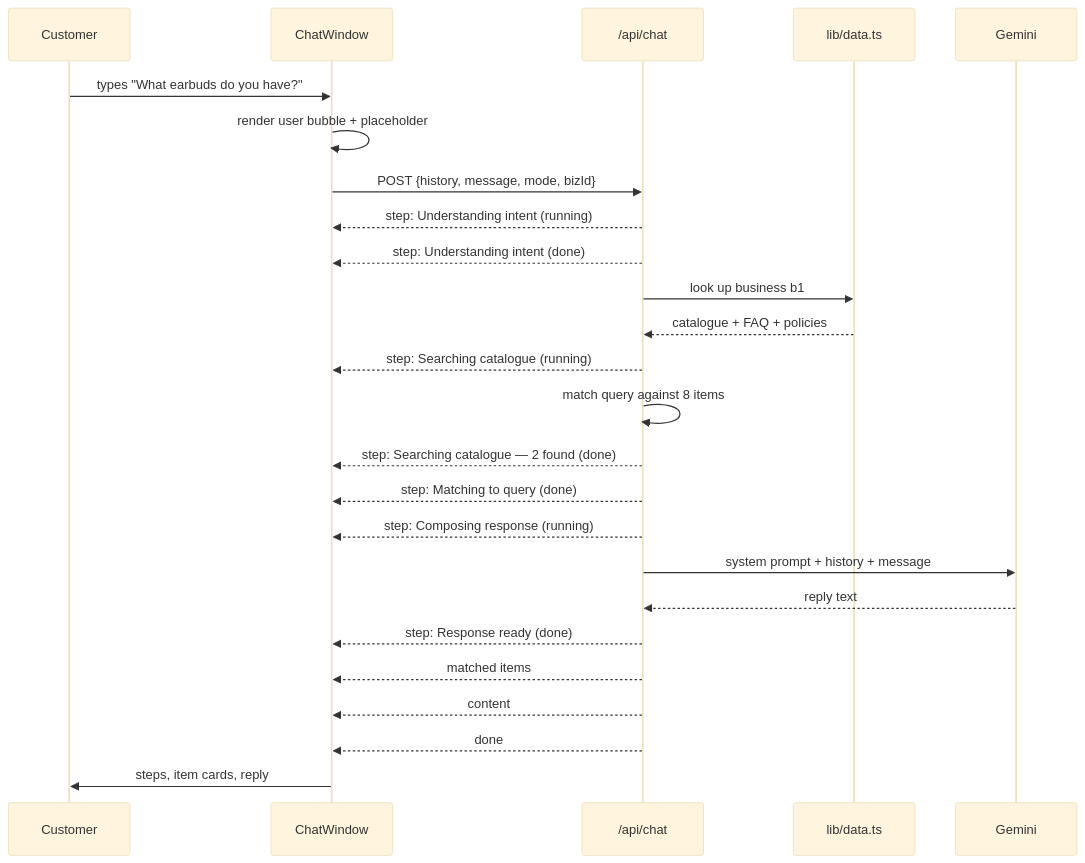
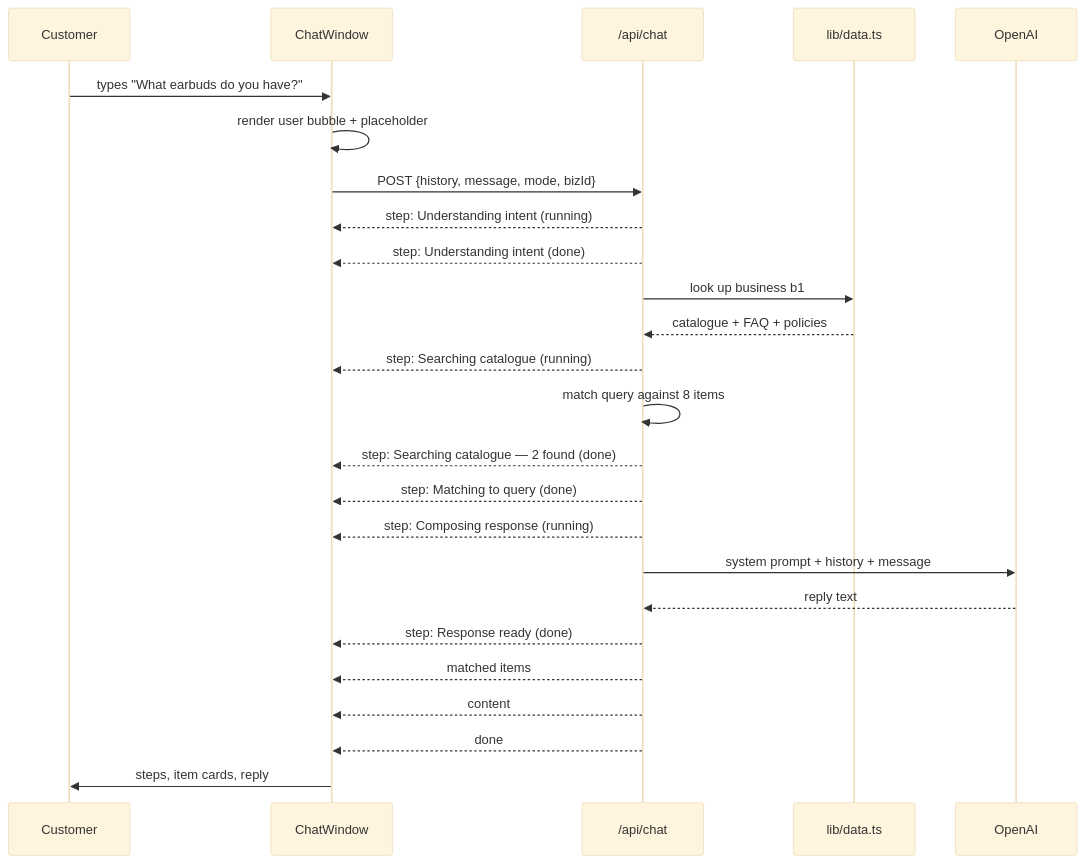
The fourth of 5 diagrams in IMPLEMENTATION.md (syedd176/rivon-agent), drawn with Mermaid (base theme) before and after one commit. The commit also changed other lines of this file, not shown here.

First line of the commit message:
Update docs for the OpenAI switch

````diff
--- a/IMPLEMENTATION.md
+++ b/IMPLEMENTATION.md
@@ -388,28 +404,28 @@
 ```mermaid
 sequenceDiagram
     participant C as Customer
     participant UI as ChatWindow
     participant API as /api/chat
     participant D as lib/data.ts
-    participant G as Gemini
+    participant G as OpenAI
 
     C->>UI: types "What earbuds do you have?"
     UI->>UI: render user bubble + placeholder
     UI->>API: POST {history, message, mode, bizId}
     API-->>UI: step: Understanding intent (running)
     API-->>UI: step: Understanding intent (done)
     API->>D: look up business b1
     D-->>API: catalogue + FAQ + policies
     API-->>UI: step: Searching catalogue (running)
     API->>API: match query against 8 items
     API-->>UI: step: Searching catalogue — 2 found (done)
     API-->>UI: step: Matching to query (done)
     API-->>UI: step: Composing response (running)
     API->>G: system prompt + history + message
     G-->>API: reply text
     API-->>UI: step: Response ready (done)
     API-->>UI: matched items
     API-->>UI: content
     API-->>UI: done
     UI->>C: steps, item cards, reply
 ```
````
